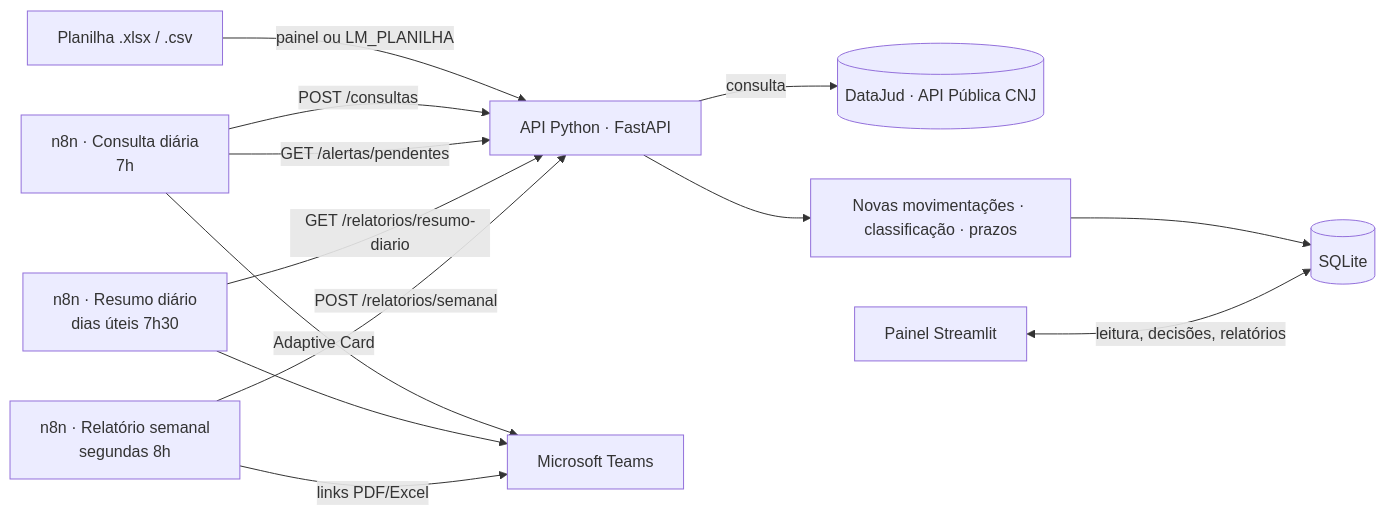
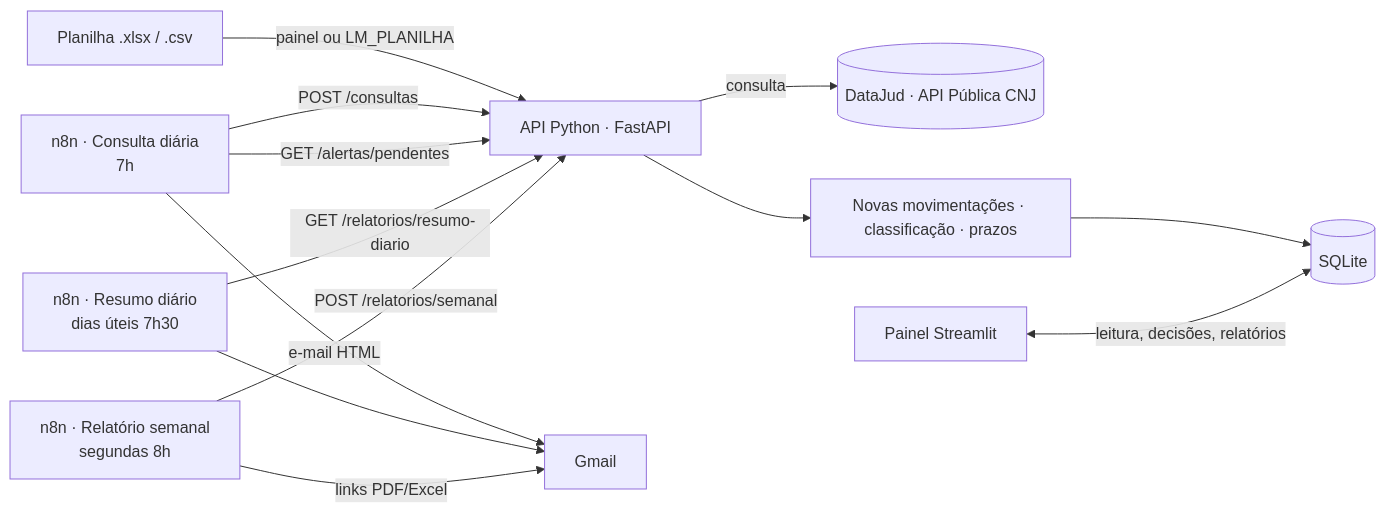
Before and after one commit to RaissaAbreu/Litigation-Monitor: the diagram in README.md, drawn with Mermaid. The commit also changed other lines of this file and 26 other files, not shown here.

First line of the commit message:
Troca os alertas do Teams pelo Gmail

````diff
--- a/README.md
+++ b/README.md
@@ -39,15 +39,15 @@
 ```mermaid
 flowchart LR
     X[Planilha .xlsx / .csv] -->|painel ou LM_PLANILHA| API
     S1[n8n · Consulta diária<br/>7h] -->|POST /consultas| API[API Python · FastAPI]
     API -->|consulta| DJ[(DataJud · API Pública CNJ)]
     API --> R[Novas movimentações · classificação · prazos]
     R --> DB[(SQLite)]
     S1 -->|GET /alertas/pendentes| API
-    S1 -->|Adaptive Card| T[Microsoft Teams]
+    S1 -->|e-mail HTML| T[Gmail]
     S2[n8n · Resumo diário<br/>dias úteis 7h30] -->|GET /relatorios/resumo-diario| API
     S2 --> T
     S3[n8n · Relatório semanal<br/>segundas 8h] -->|POST /relatorios/semanal| API
     S3 -->|links PDF/Excel| T
     P[Painel Streamlit] <-->|leitura, decisões, relatórios| DB
 ```
````
